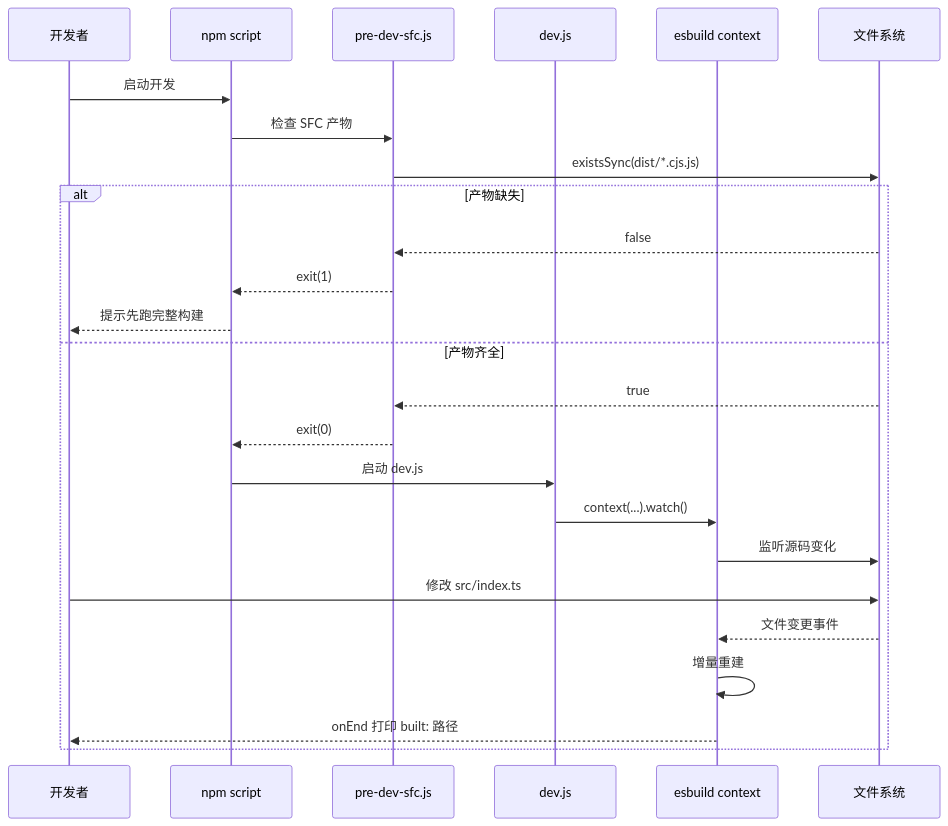
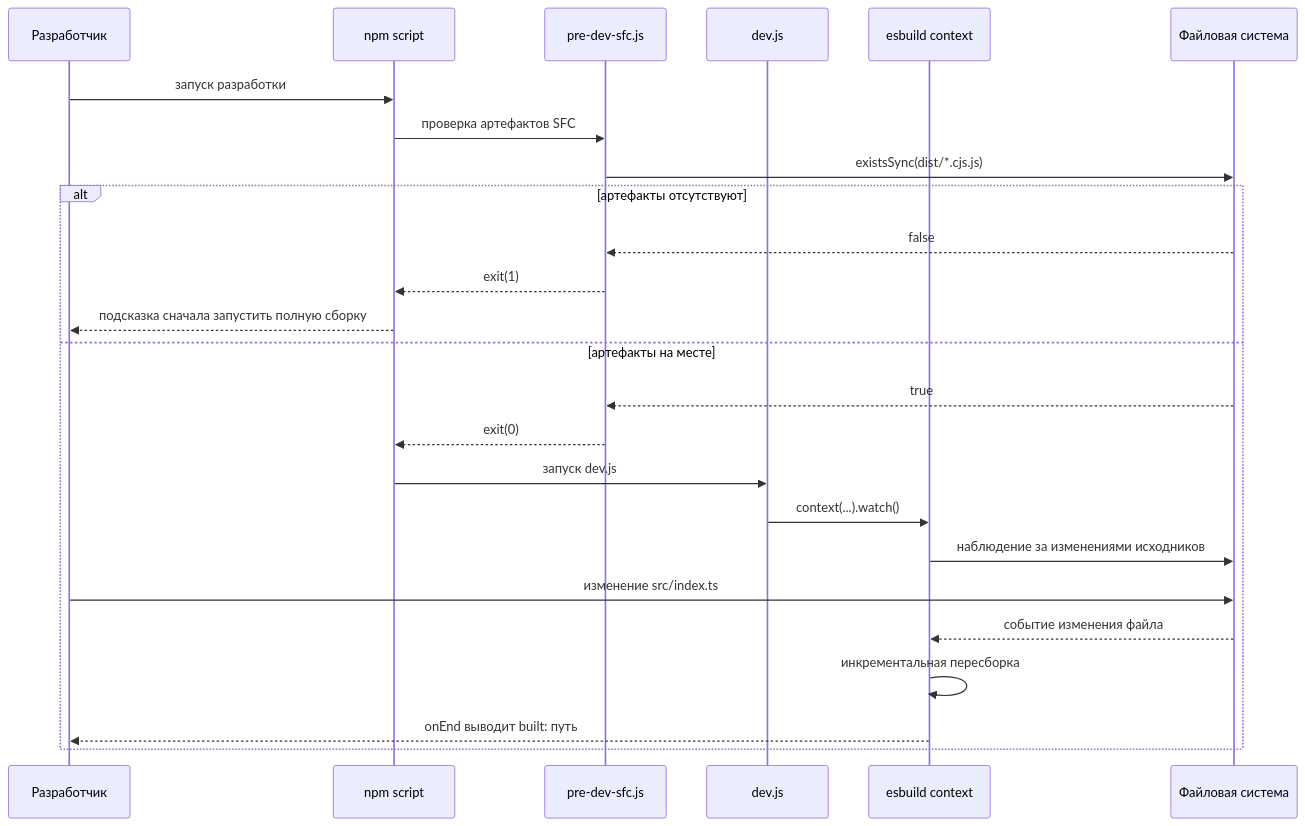
Before and after one commit to maleRjc/AiReadCodeBooks: the third of 3 diagrams in books/vue3/ru/03-dev-scripts-and-sfc.md, drawn with Mermaid. The commit also changed other lines of this file and 74 other files, not shown here.

````diff
--- a/books/vue3/ru/03-dev-scripts-and-sfc.md
+++ b/books/vue3/ru/03-dev-scripts-and-sfc.md
@@ -133,28 +133,28 @@
 ```mermaid
 sequenceDiagram
-    participant Dev as 开发者
+    participant Dev as Разработчик
     participant NPM as npm script
     participant Pre as pre-dev-sfc.js
     participant DevJS as dev.js
     participant ESB as esbuild context
-    participant FS as 文件系统
+    participant FS as Файловая система
 
-    Dev->>NPM: 启动开发
-    NPM->>Pre: 检查 SFC 产物
+    Dev->>NPM: запуск разработки
+    NPM->>Pre: проверка артефактов SFC
     Pre->>FS: existsSync(dist/*.cjs.js)
-    alt 产物缺失
+    alt артефакты отсутствуют
         FS-->>Pre: false
         Pre-->>NPM: exit(1)
-        NPM-->>Dev: 提示先跑完整构建
-    else 产物齐全
+        NPM-->>Dev: подсказка сначала запустить полную сборку
+    else артефакты на месте
         FS-->>Pre: true
         Pre-->>NPM: exit(0)
-        NPM->>DevJS: 启动 dev.js
+        NPM->>DevJS: запуск dev.js
         DevJS->>ESB: context(...).watch()
-        ESB->>FS: 监听源码变化
-        Dev->>FS: 修改 src/index.ts
-        FS-->>ESB: 文件变更事件
-        ESB->>ESB: 增量重建
-        ESB-->>Dev: onEnd 打印 built: 路径
+        ESB->>FS: наблюдение за изменениями исходников
+        Dev->>FS: изменение src/index.ts
+        FS-->>ESB: событие изменения файла
+        ESB->>ESB: инкрементальная пересборка
+        ESB-->>Dev: onEnd выводит built: путь
     end
 ```
````
